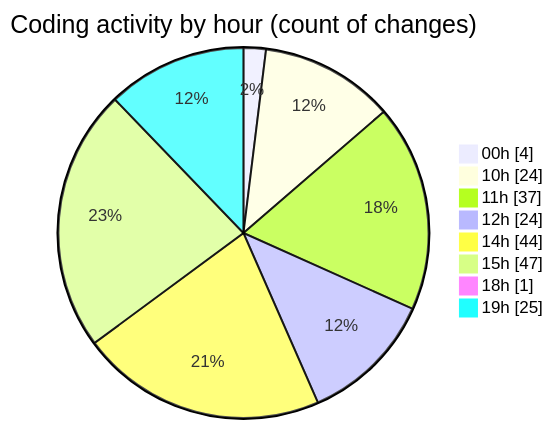
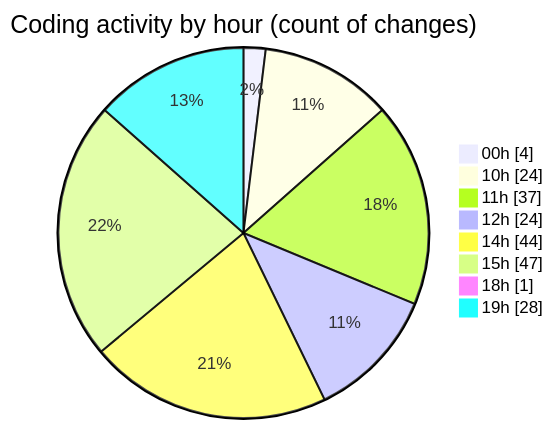
Before and after one commit to Netris89/code-tracking: the second of 2 diagrams in 2025-04-04/back-end/README.md, drawn with Mermaid. The commit also changed other lines of this file and 1 other file, not shown here.

````diff
--- a/2025-04-04/back-end/README.md
+++ b/2025-04-04/back-end/README.md
@@ -53,12 +53,12 @@
 ```mermaid
 pie showData
 title Coding activity by hour (count of changes)
 "00h" : 4
 "10h" : 24
 "11h" : 37
 "12h" : 24
 "14h" : 44
 "15h" : 47
 "18h" : 1
-"19h" : 25
+"19h" : 28
 ```
````
